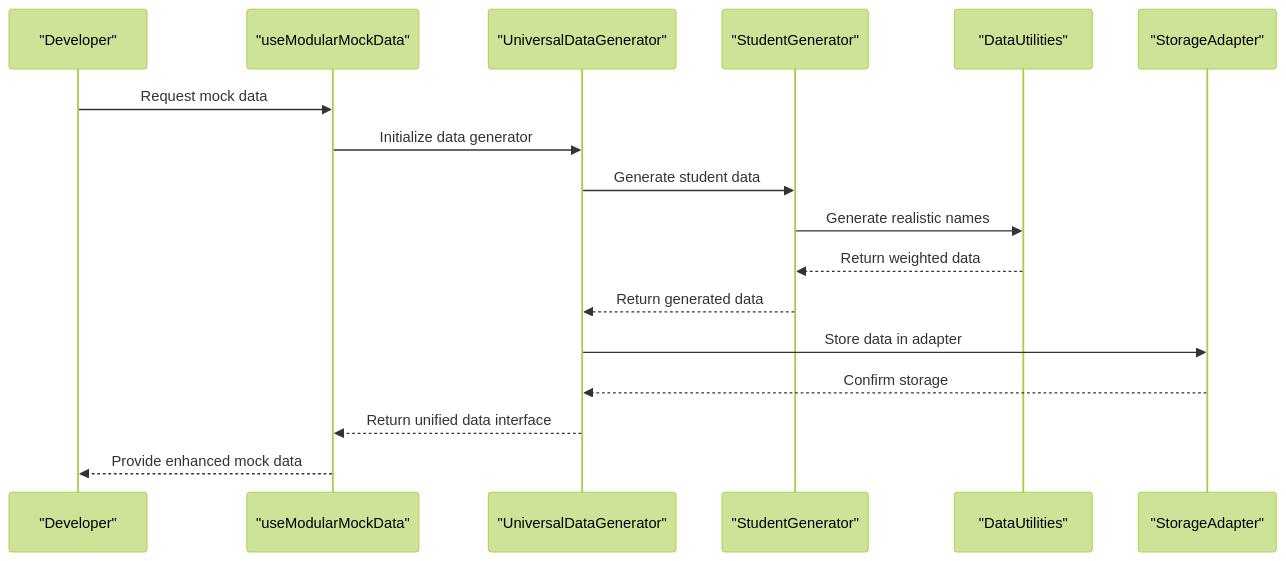
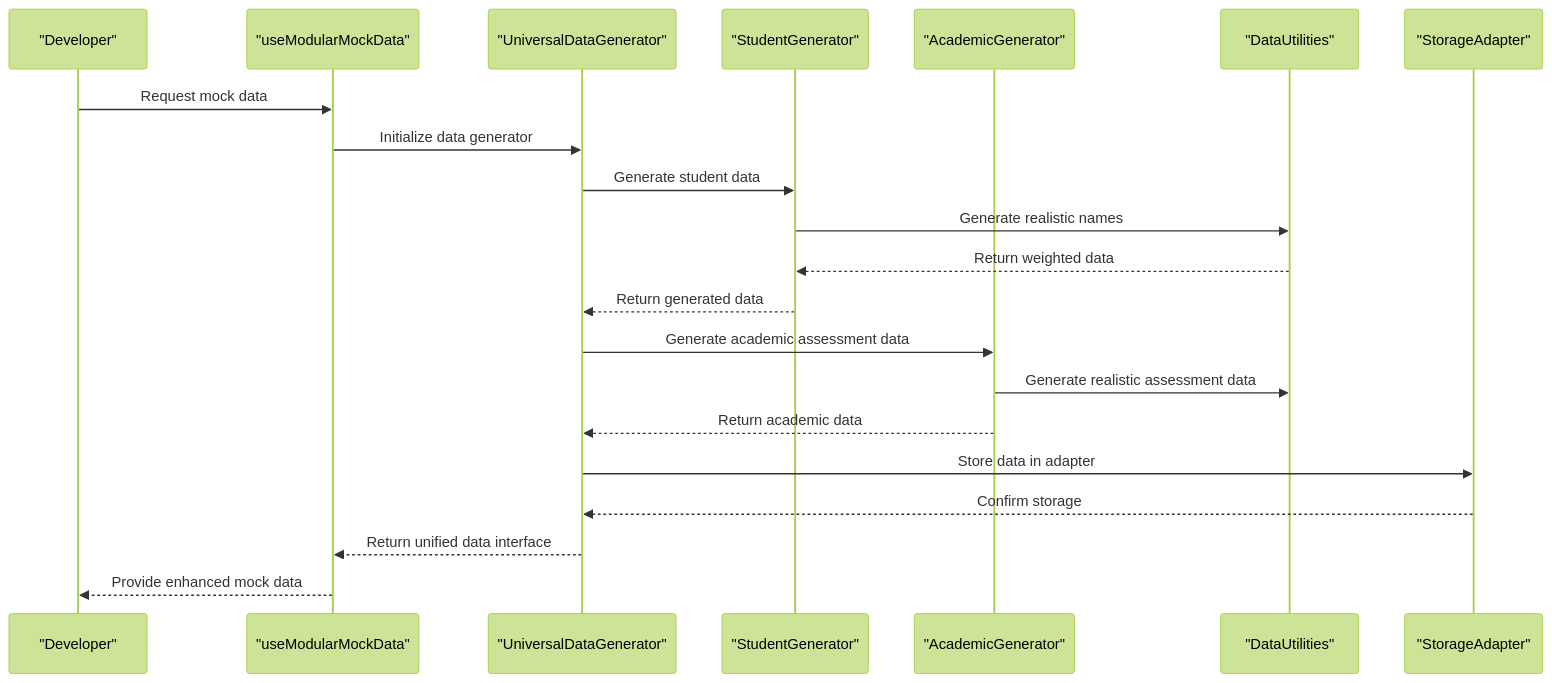
One commit to geniusdynamics/schoolpilot changed the second of 4 diagrams in .qoder/repowiki/en/content/Mock Data Dev Guide.md. Above: the diagram before and after it, drawn with Mermaid (forest theme). The commit also changed other lines of this file and 54 other files, not shown here.

````diff
--- a/.qoder/repowiki/en/content/Mock Data Dev Guide.md
+++ b/.qoder/repowiki/en/content/Mock Data Dev Guide.md
@@ -124,19 +146,23 @@
 ```mermaid
 sequenceDiagram
 participant Dev as "Developer"
 participant Hook as "useModularMockData"
 participant Gen as "UniversalDataGenerator"
 participant StudentGen as "StudentGenerator"
+participant AcademicGen as "AcademicGenerator"
 participant Utils as "DataUtilities"
 participant Storage as "StorageAdapter"
 Dev->>Hook : Request mock data
 Hook->>Gen : Initialize data generator
 Gen->>StudentGen : Generate student data
 StudentGen->>Utils : Generate realistic names
 Utils-->>StudentGen : Return weighted data
 StudentGen-->>Gen : Return generated data
+Gen->>AcademicGen : Generate academic assessment data
+AcademicGen->>Utils : Generate realistic assessment data
+AcademicGen-->>Gen : Return academic data
 Gen->>Storage : Store data in adapter
 Storage-->>Gen : Confirm storage
 Gen-->>Hook : Return unified data interface
 Hook-->>Dev : Provide enhanced mock data
 ```
````
